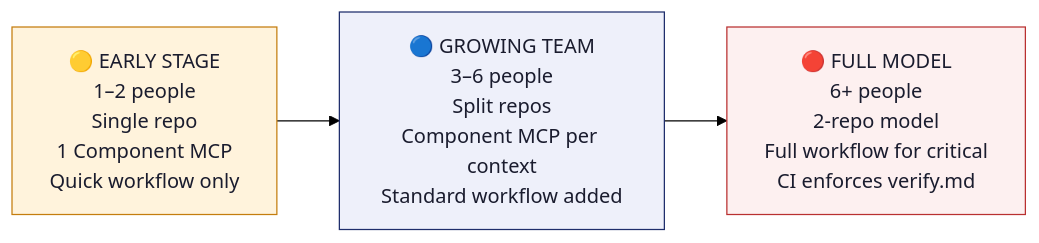
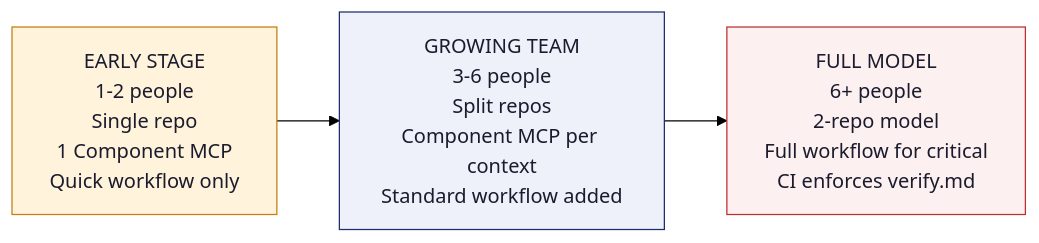
Before and after one commit to javierhbr/agnostic-agent-loop: the eighth of 8 diagrams in docs/sdd-mcp/operation model/six-pager-01.md, drawn with Mermaid (forest theme). The commit also changed other lines of this file and 62 other files, not shown here.

````diff
--- a/docs/sdd-mcp/operation model/six-pager-01.md
+++ b/docs/sdd-mcp/operation model/six-pager-01.md
@@ -613,12 +674,12 @@
 ```mermaid
 flowchart LR
-    E["🟡 EARLY STAGE\n1–2 people\nSingle repo\n1 Component MCP\nQuick workflow only"]
-    G["🔵 GROWING TEAM\n3–6 people\nSplit repos\nComponent MCP per context\nStandard workflow added"]
-    F["🔴 FULL MODEL\n6+ people\n2-repo model\nFull workflow for critical\nCI enforces verify.md"]
+    E["EARLY STAGE\n1-2 people\nSingle repo\n1 Component MCP\nQuick workflow only"]
+    G["GROWING TEAM\n3-6 people\nSplit repos\nComponent MCP per context\nStandard workflow added"]
+    F["FULL MODEL\n6+ people\n2-repo model\nFull workflow for critical\nCI enforces verify.md"]
 
     E --> G --> F
 
     style E fill:#fff3dc,stroke:#c47d0e,color:#1a1c2e
     style G fill:#eef0fa,stroke:#1e2d6b,color:#1a1c2e
     style F fill:#fdf0f0,stroke:#b93030,color:#1a1c2e
 ```
````
